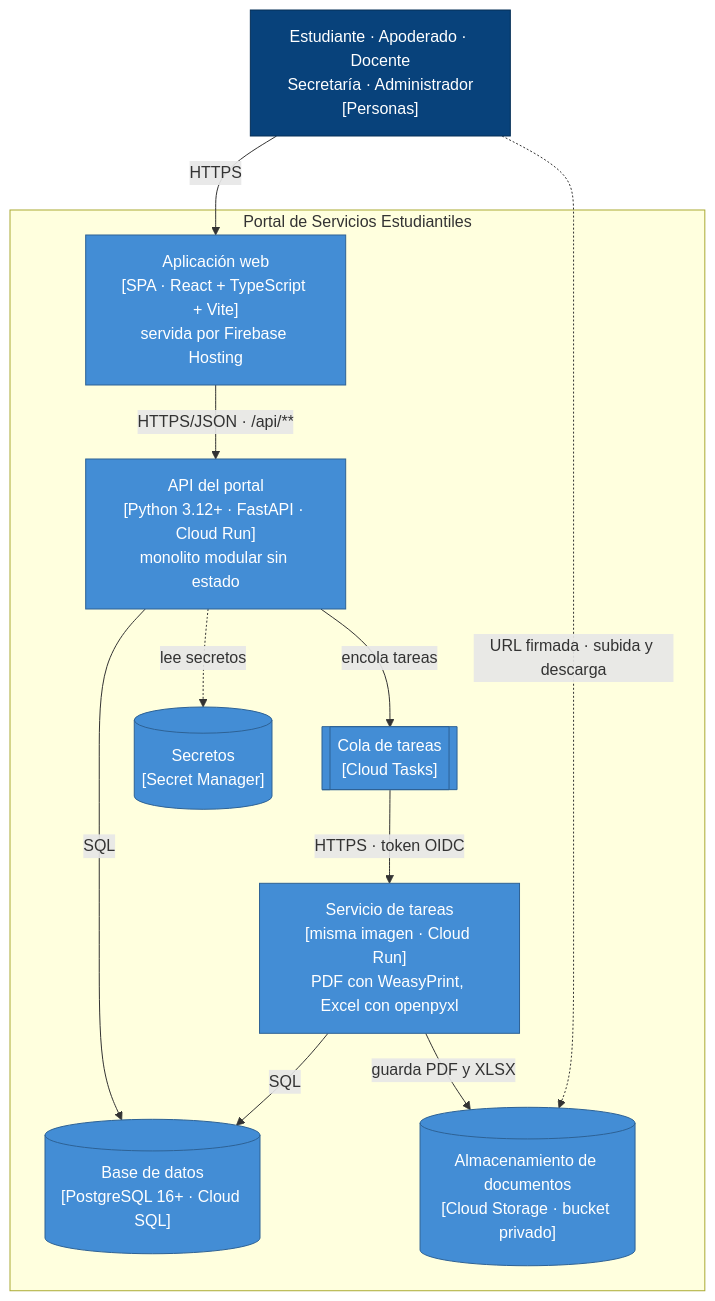
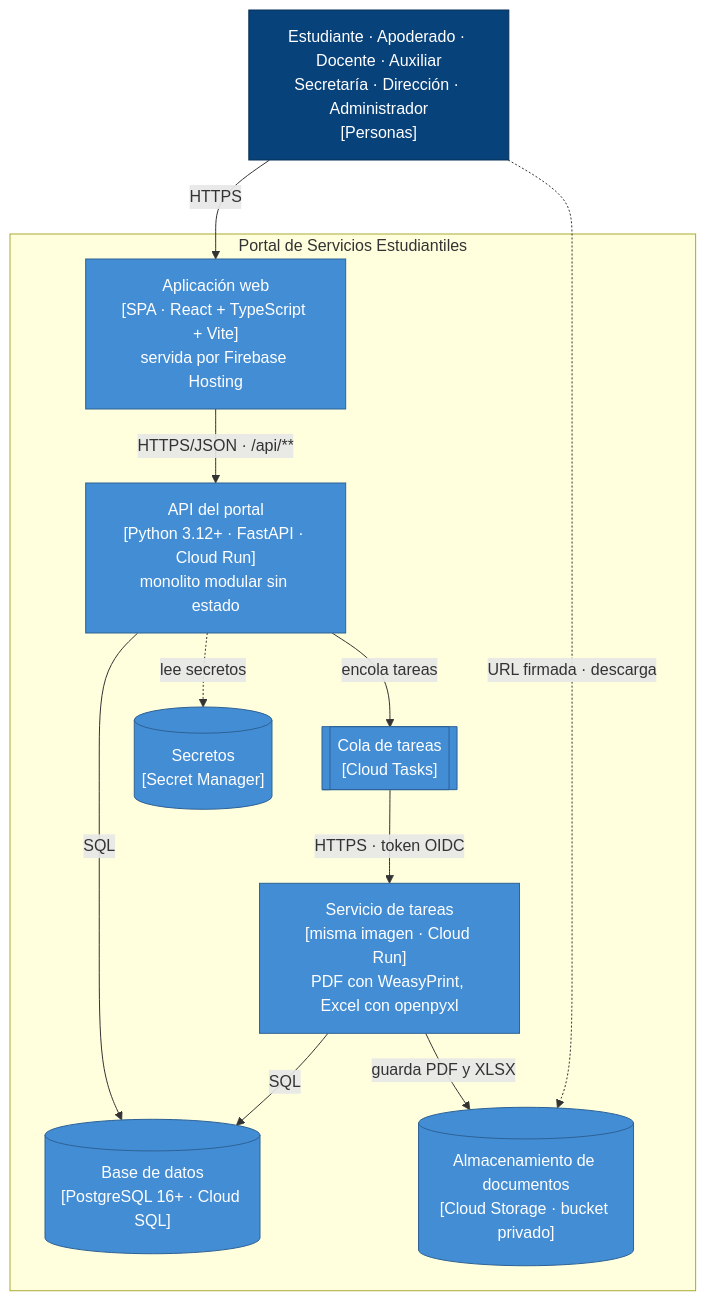
Before and after one commit to HafidJoss/PORTAL_DE_SERVICIOS_ESTUDIANTILES: the diagram in docs/04-modelo-c4/02-nivel2-contenedores.md, drawn with Mermaid. The commit also changed other lines of this file and 3 other files, not shown here.

````diff
--- a/docs/04-modelo-c4/02-nivel2-contenedores.md
+++ b/docs/04-modelo-c4/02-nivel2-contenedores.md
@@ -24,31 +24,31 @@
 ```mermaid
 flowchart TB
-    USU["Estudiante · Apoderado · Docente<br/>Secretaría · Administrador<br/>[Personas]"]
+    USU["Estudiante · Apoderado · Docente · Auxiliar<br/>Secretaría · Dirección · Administrador<br/>[Personas]"]
 
     subgraph PORTAL["Portal de Servicios Estudiantiles"]
         SPA["Aplicación web<br/>[SPA · React + TypeScript + Vite]<br/>servida por Firebase Hosting"]
         API["API del portal<br/>[Python 3.12+ · FastAPI · Cloud Run]<br/>monolito modular sin estado"]
         TK["Servicio de tareas<br/>[misma imagen · Cloud Run]<br/>PDF con WeasyPrint, Excel con openpyxl"]
         CT[["Cola de tareas<br/>[Cloud Tasks]"]]
         DB[("Base de datos<br/>[PostgreSQL 16+ · Cloud SQL]")]
         GCS[("Almacenamiento de documentos<br/>[Cloud Storage · bucket privado]")]
         SM[("Secretos<br/>[Secret Manager]")]
     end
 
     USU -->|HTTPS| SPA
     SPA -->|"HTTPS/JSON · /api/**"| API
     API -->|SQL| DB
     API -->|encola tareas| CT
     CT -->|"HTTPS · token OIDC"| TK
     TK -->|SQL| DB
     TK -->|guarda PDF y XLSX| GCS
     API -.->|lee secretos| SM
-    USU -.->|"URL firmada · subida y descarga"| GCS
+    USU -.->|"URL firmada · descarga"| GCS
 
     classDef cPersona fill:#08427b,stroke:#052e56,color:#ffffff
     classDef cCont fill:#438dd5,stroke:#2e6295,color:#ffffff
     classDef cDato fill:#438dd5,stroke:#2e6295,color:#ffffff
     class USU cPersona
     class SPA,API,TK,CT cCont
     class DB,GCS,SM cDato
 ```
````
